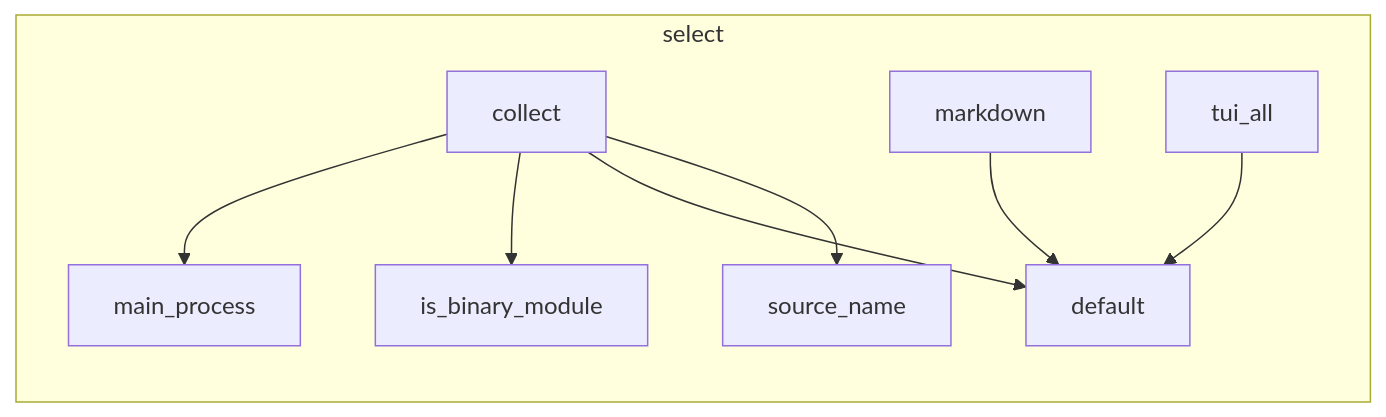
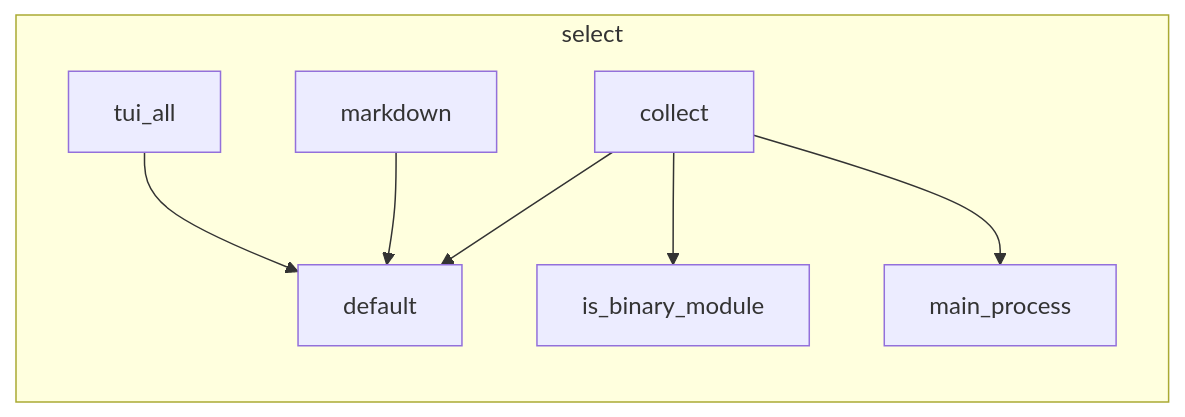
The third of 3 diagrams in docs/self-model/robby_render/view/select/index.md (RyanGuild/self-describing-code), drawn with Mermaid before and after one commit. The commit also changed other lines of this file and 747 other files, not shown here.

````diff
--- a/docs/self-model/robby_render/view/select/index.md
+++ b/docs/self-model/robby_render/view/select/index.md
@@ -74,19 +74,17 @@
 ```mermaid
 flowchart TB
     subgraph n_534805da25f902cb["select"]
         direction TB
         n_bb9971de7b6aa277["collect"]
         n_52efbca52123222c["default"]
         n_737bc7514c5fccaa["is_binary_module"]
         n_7debed98e7d8376c["main_process"]
         n_d02d0abf1c3600ac["markdown"]
-        n_11f6d2fb700cd378["source_name"]
         n_f5a635ba7e165c71["tui_all"]
     end
-    n_bb9971de7b6aa277 --> n_11f6d2fb700cd378
     n_bb9971de7b6aa277 --> n_52efbca52123222c
     n_bb9971de7b6aa277 --> n_737bc7514c5fccaa
     n_bb9971de7b6aa277 --> n_7debed98e7d8376c
     n_d02d0abf1c3600ac --> n_52efbca52123222c
     n_f5a635ba7e165c71 --> n_52efbca52123222c
 ```
````
